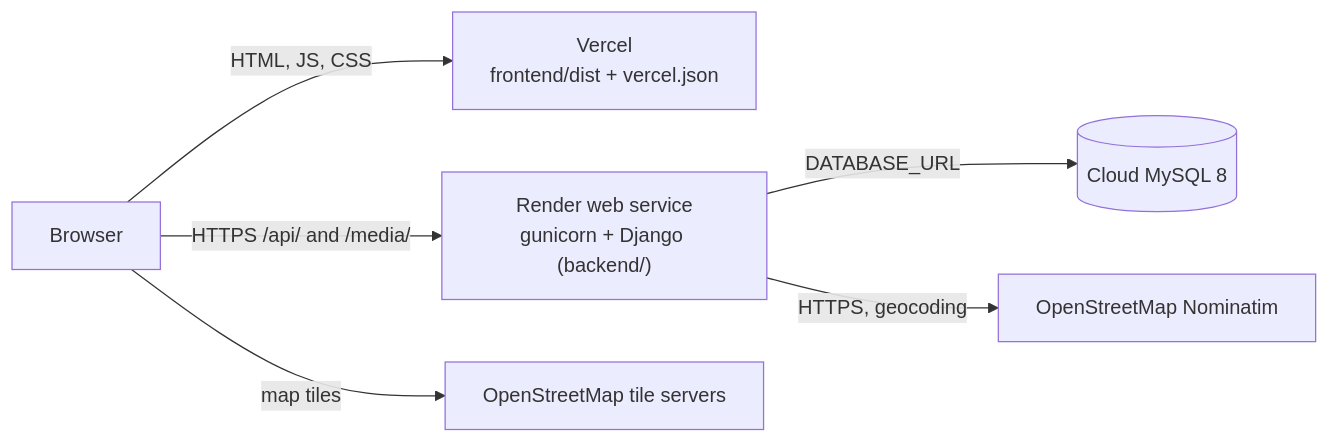
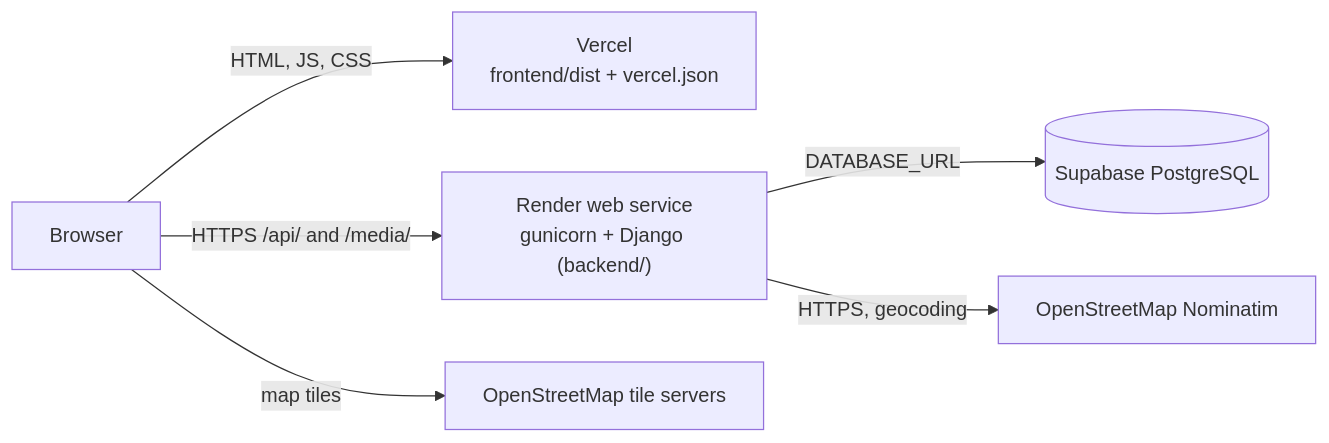
The diagram in docs/DEPLOYMENT.md (Jaswanth7373/CIVIC-AI), drawn with Mermaid before and after one commit. The commit also changed other lines of this file and 6 other files, not shown here.

First line of the commit message:
Switch the database to Supabase PostgreSQL

````diff
--- a/docs/DEPLOYMENT.md
+++ b/docs/DEPLOYMENT.md
@@ -13,8 +13,8 @@
 ```mermaid
 flowchart LR
     U["Browser"] -- "HTML, JS, CSS" --> V["Vercel<br/>frontend/dist + vercel.json"]
     U -- "HTTPS /api/ and /media/" --> R["Render web service<br/>gunicorn + Django (backend/)"]
-    R -- "DATABASE_URL" --> M[("Cloud MySQL 8")]
+    R -- "DATABASE_URL" --> M[("Supabase PostgreSQL")]
     R -- "HTTPS, geocoding" --> N["OpenStreetMap Nominatim"]
     U -- "map tiles" --> T["OpenStreetMap tile servers"]
 ```
````
